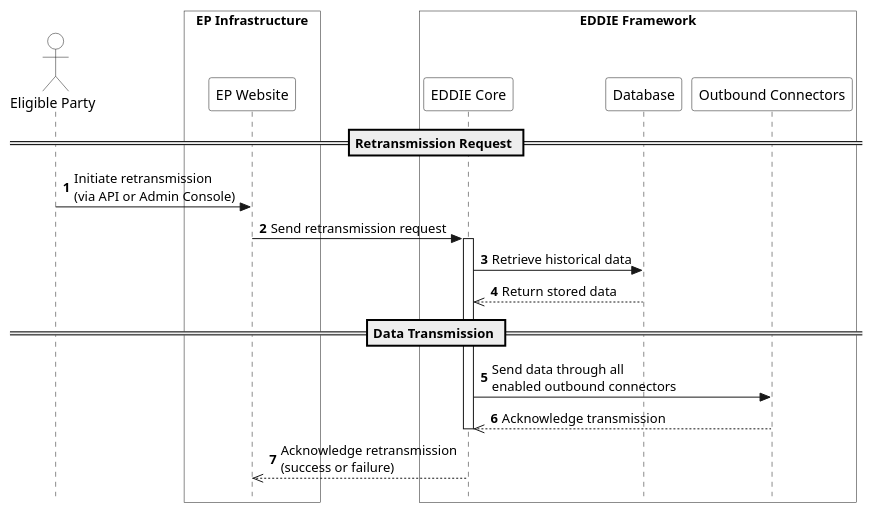
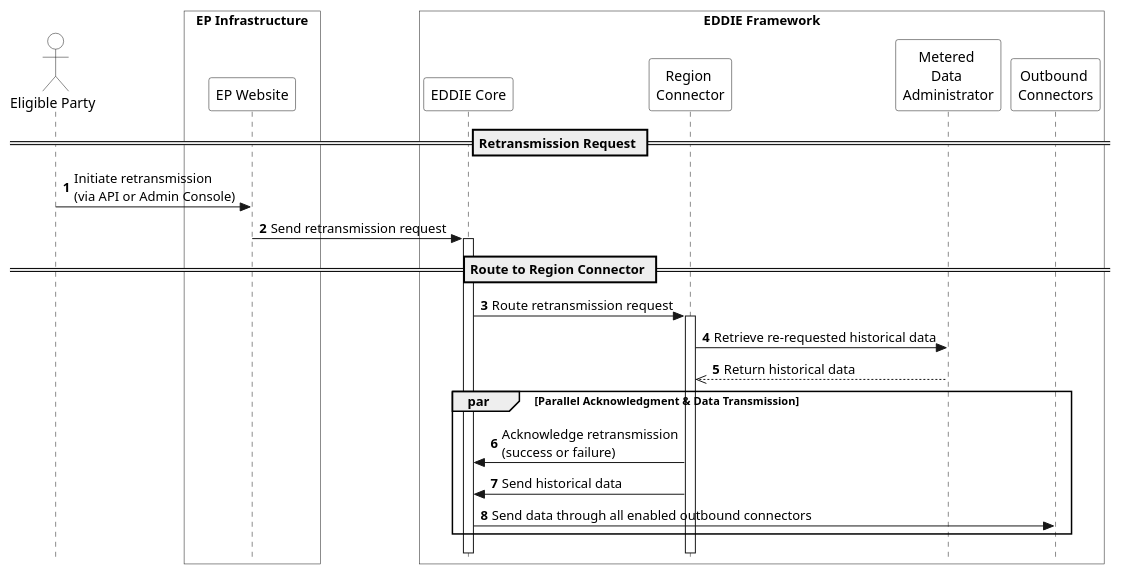
The diagram in arc42/eddie-framework/runtime-view/figures/eddie-framework-retransmit-data.puml (eddie-energy/architecture), drawn with PlantUML before and after one commit. The commit also changed 2 other files, not shown here.

Commit message:
Part of #126: Updated workflow 6 to remove saving of historical data in the db.

```diff
--- a/arc42/eddie-framework/runtime-view/figures/eddie-framework-retransmit-data.puml
+++ b/arc42/eddie-framework/runtime-view/figures/eddie-framework-retransmit-data.puml
@@ -1,38 +1,45 @@
 @startuml eddie-framework-retransmit-data
 
 skinparam style strictuml
 skinparam sequence {
   ParticipantBackgroundColor transparent
   ActorBackgroundColor transparent
 }
 
 autonumber
 !pragma teoz true
 
 actor "Eligible Party" as ep
 
 box "EP Infrastructure" #transparent
   participant "EP Website" as epInterface
 end box
 
 box "EDDIE Framework" #transparent
   participant "EDDIE Core" as eddie
-  participant "Database" as db
-  participant "Outbound Connectors" as oc
+  participant "Region \nConnector" as rc
+  participant "Metered \nData \nAdministrator" as mda
+  participant "Outbound \nConnectors" as oc
 end box
 
 == Retransmission Request ==
 ep -> epInterface : Initiate retransmission\n(via API or Admin Console)
 epInterface -> eddie : Send retransmission request
 activate eddie
-eddie -> db : Retrieve historical data
-db -->> eddie : Return stored data
 
-== Data Transmission ==
-eddie -> oc : Send data through all\nenabled outbound connectors
-oc -->> eddie : Acknowledge transmission
+== Route to Region Connector ==
+eddie -> rc : Route retransmission request
+activate rc
+rc -> mda : Retrieve re-requested historical data
+mda -->> rc : Return historical data
+
+par Parallel Acknowledgment & Data Transmission
+    rc -> eddie : Acknowledge retransmission\n(success or failure)
+    rc -> eddie : Send historical data
+    eddie -> oc : Send data through all enabled outbound connectors
+end
+
+deactivate rc
 deactivate eddie
 
-eddie -->> epInterface : Acknowledge retransmission\n(success or failure)
-
 @enduml
```
